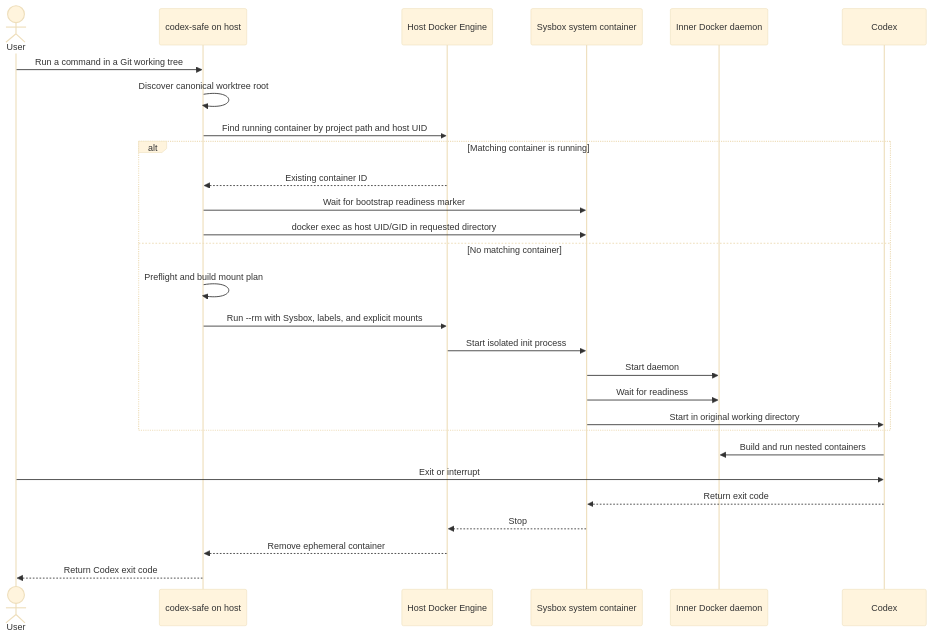
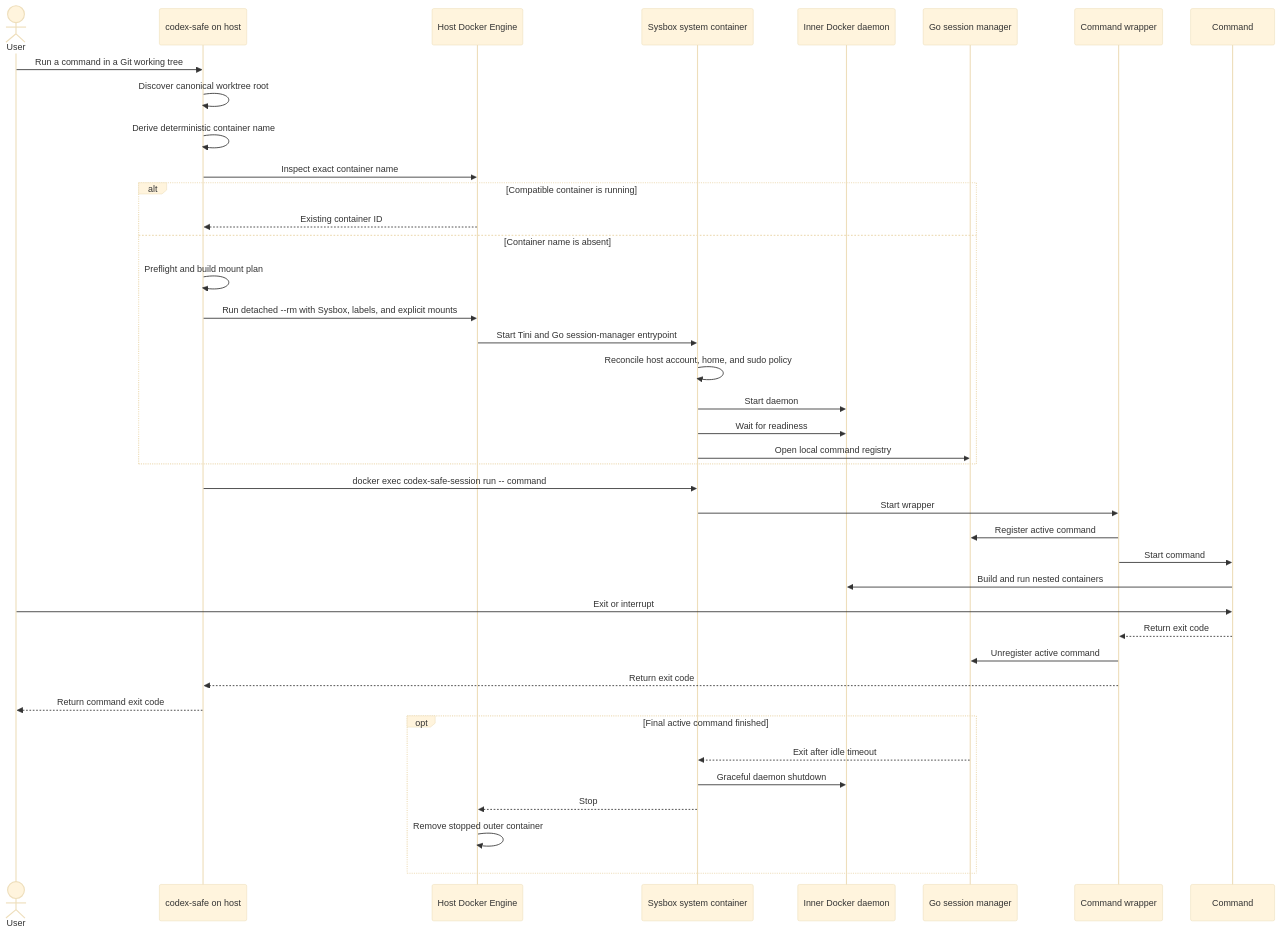
The diagram in docs/design-docs/codex-safe.md (vkuptcov/agents-safe-environment), drawn with Mermaid (base theme) before and after one commit. The commit also changed other lines of this file and 45 other files, not shown here.

````diff
--- a/docs/design-docs/codex-safe.md
+++ b/docs/design-docs/codex-safe.md
@@ -301,31 +309,43 @@
 ```mermaid
 sequenceDiagram
     actor User
     participant Launcher as codex-safe on host
     participant HostDocker as Host Docker Engine
     participant Outer as Sysbox system container
     participant InnerDocker as Inner Docker daemon
-    participant Codex
+    participant Manager as Go session manager
+    participant Wrapper as Command wrapper
+    participant Command
 
     User->>Launcher: Run a command in a Git working tree
     Launcher->>Launcher: Discover canonical worktree root
-    Launcher->>HostDocker: Find running container by project path and host UID
-    alt Matching container is running
+    Launcher->>Launcher: Derive deterministic container name
+    Launcher->>HostDocker: Inspect exact container name
+    alt Compatible container is running
         HostDocker-->>Launcher: Existing container ID
-        Launcher->>Outer: Wait for bootstrap readiness marker
-        Launcher->>Outer: docker exec as host UID/GID in requested directory
-    else No matching container
+    else Container name is absent
         Launcher->>Launcher: Preflight and build mount plan
-        Launcher->>HostDocker: Run --rm with Sysbox, labels, and explicit mounts
-        HostDocker->>Outer: Start isolated init process
+        Launcher->>HostDocker: Run detached --rm with Sysbox, labels, and explicit mounts
+        HostDocker->>Outer: Start Tini and Go session-manager entrypoint
+        Outer->>Outer: Reconcile host account, home, and sudo policy
         Outer->>InnerDocker: Start daemon
         Outer->>InnerDocker: Wait for readiness
-        Outer->>Codex: Start in original working directory
+        Outer->>Manager: Open local command registry
     end
-    Codex->>InnerDocker: Build and run nested containers
-    User->>Codex: Exit or interrupt
-    Codex-->>Outer: Return exit code
-    Outer-->>HostDocker: Stop
-    HostDocker-->>Launcher: Remove ephemeral container
-    Launcher-->>User: Return Codex exit code
+    Launcher->>Outer: docker exec codex-safe-session run -- command
+    Outer->>Wrapper: Start wrapper
+    Wrapper->>Manager: Register active command
+    Wrapper->>Command: Start command
+    Command->>InnerDocker: Build and run nested containers
+    User->>Command: Exit or interrupt
+    Command-->>Wrapper: Return exit code
+    Wrapper->>Manager: Unregister active command
+    Wrapper-->>Launcher: Return exit code
+    Launcher-->>User: Return command exit code
+    opt Final active command finished
+        Manager-->>Outer: Exit after idle timeout
+        Outer->>InnerDocker: Graceful daemon shutdown
+        Outer-->>HostDocker: Stop
+        HostDocker->>HostDocker: Remove stopped outer container
+    end
 ```
````
